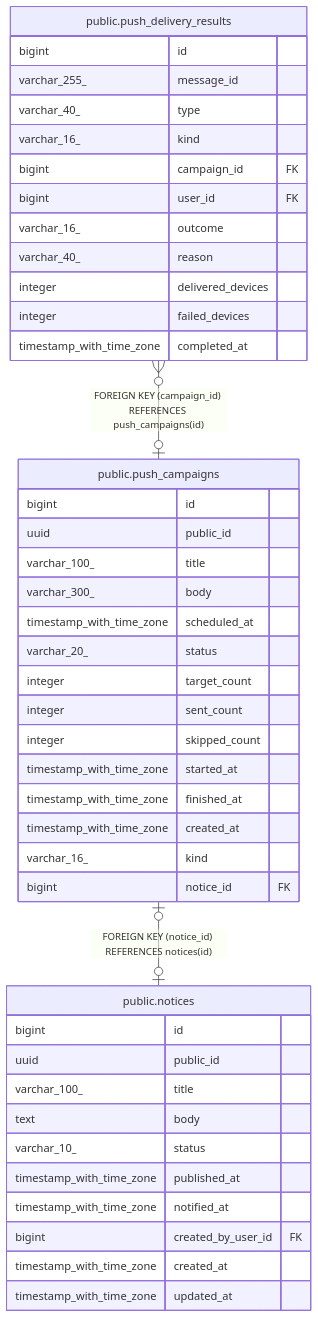
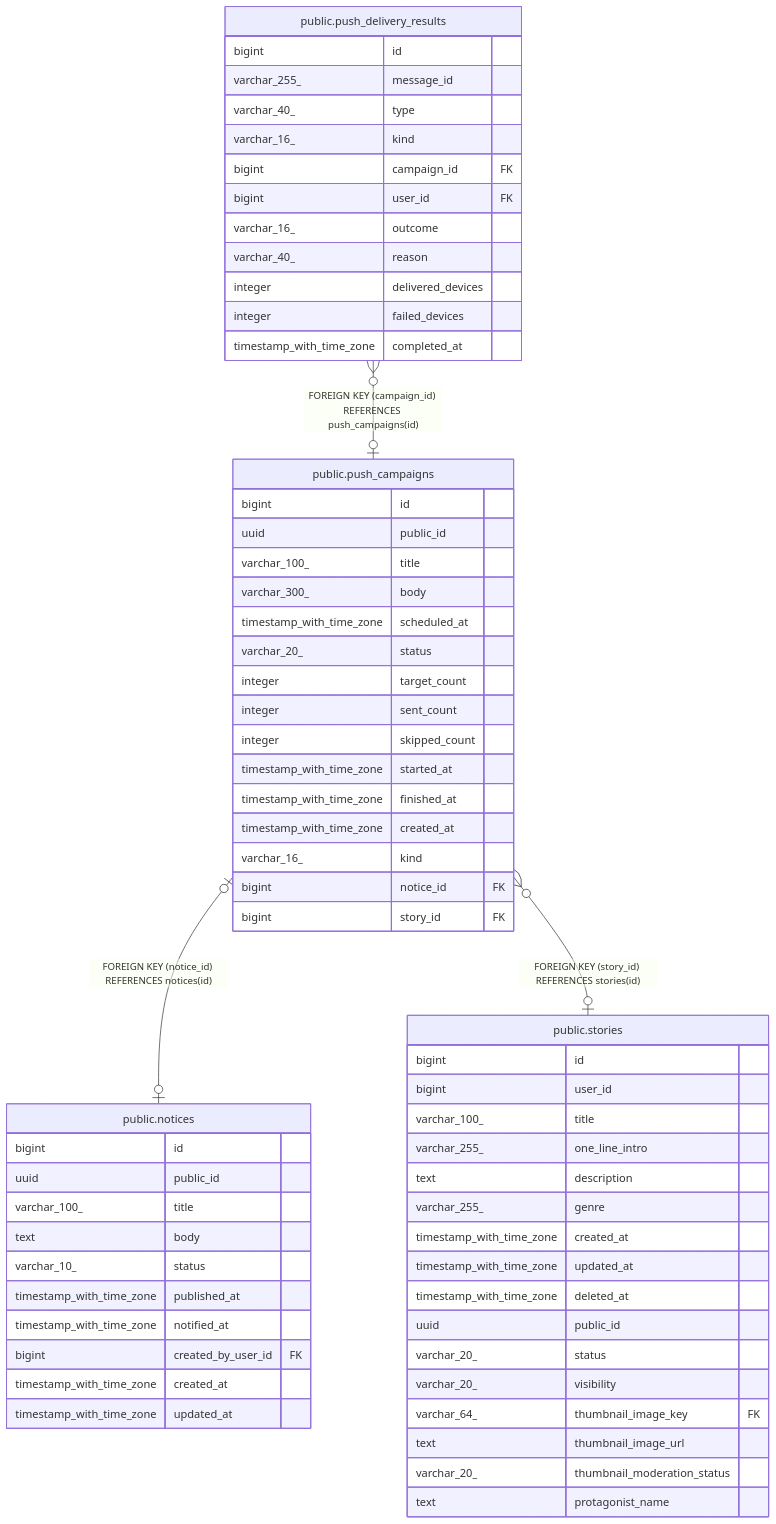
The diagram in dbdoc/public.push_campaigns.md (KIM-N-KANG/manyak-server), drawn with Mermaid before and after one commit. The commit also changed other lines of this file and 20 other files, not shown here.

````diff
--- a/dbdoc/public.push_campaigns.md
+++ b/dbdoc/public.push_campaigns.md
@@ -44,48 +46,68 @@
 ```mermaid
 erDiagram
 
 "public.push_delivery_results" }o--o| "public.push_campaigns" : "FOREIGN KEY (campaign_id) REFERENCES push_campaigns(id)"
 "public.push_campaigns" |o--o| "public.notices" : "FOREIGN KEY (notice_id) REFERENCES notices(id)"
+"public.push_campaigns" }o--o| "public.stories" : "FOREIGN KEY (story_id) REFERENCES stories(id)"
 
 "public.push_campaigns" {
   bigint id
   uuid public_id
   varchar_100_ title
   varchar_300_ body
   timestamp_with_time_zone scheduled_at
   varchar_20_ status
   integer target_count
   integer sent_count
   integer skipped_count
   timestamp_with_time_zone started_at
   timestamp_with_time_zone finished_at
   timestamp_with_time_zone created_at
   varchar_16_ kind
   bigint notice_id FK
+  bigint story_id FK
 }
 "public.push_delivery_results" {
   bigint id
   varchar_255_ message_id
   varchar_40_ type
   varchar_16_ kind
   bigint campaign_id FK
   bigint user_id FK
   varchar_16_ outcome
   varchar_40_ reason
   integer delivered_devices
   integer failed_devices
   timestamp_with_time_zone completed_at
 }
 "public.notices" {
   bigint id
   uuid public_id
   varchar_100_ title
   text body
   varchar_10_ status
   timestamp_with_time_zone published_at
   timestamp_with_time_zone notified_at
   bigint created_by_user_id FK
   timestamp_with_time_zone created_at
   timestamp_with_time_zone updated_at
 }
+"public.stories" {
+  bigint id
+  bigint user_id
+  varchar_100_ title
+  varchar_255_ one_line_intro
+  text description
+  varchar_255_ genre
+  timestamp_with_time_zone created_at
+  timestamp_with_time_zone updated_at
+  timestamp_with_time_zone deleted_at
+  uuid public_id
+  varchar_20_ status
+  varchar_20_ visibility
+  varchar_64_ thumbnail_image_key FK
+  text thumbnail_image_url
+  varchar_20_ thumbnail_moderation_status
+  text protagonist_name
+}
 ```
````
